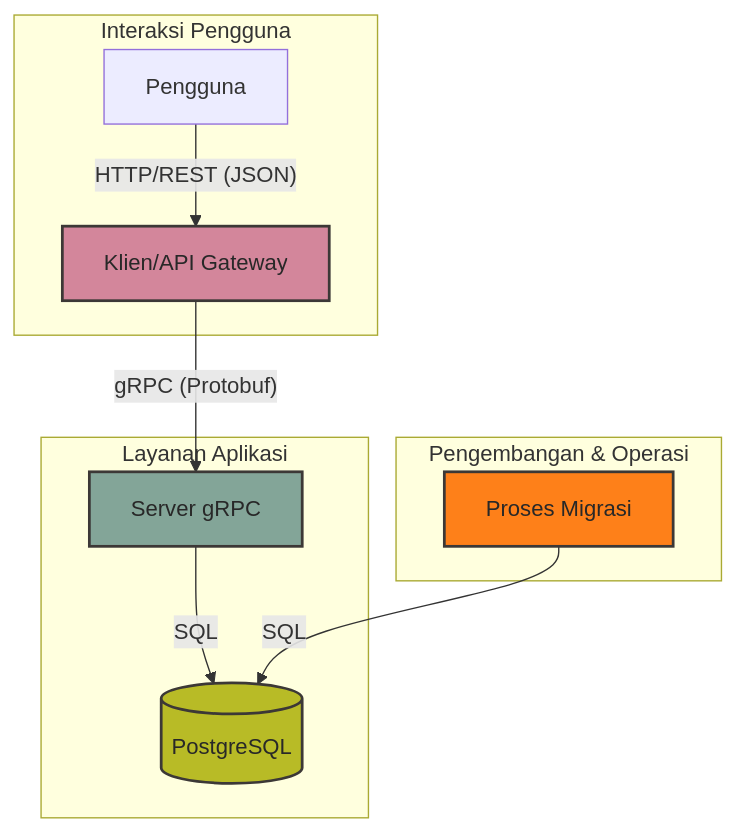
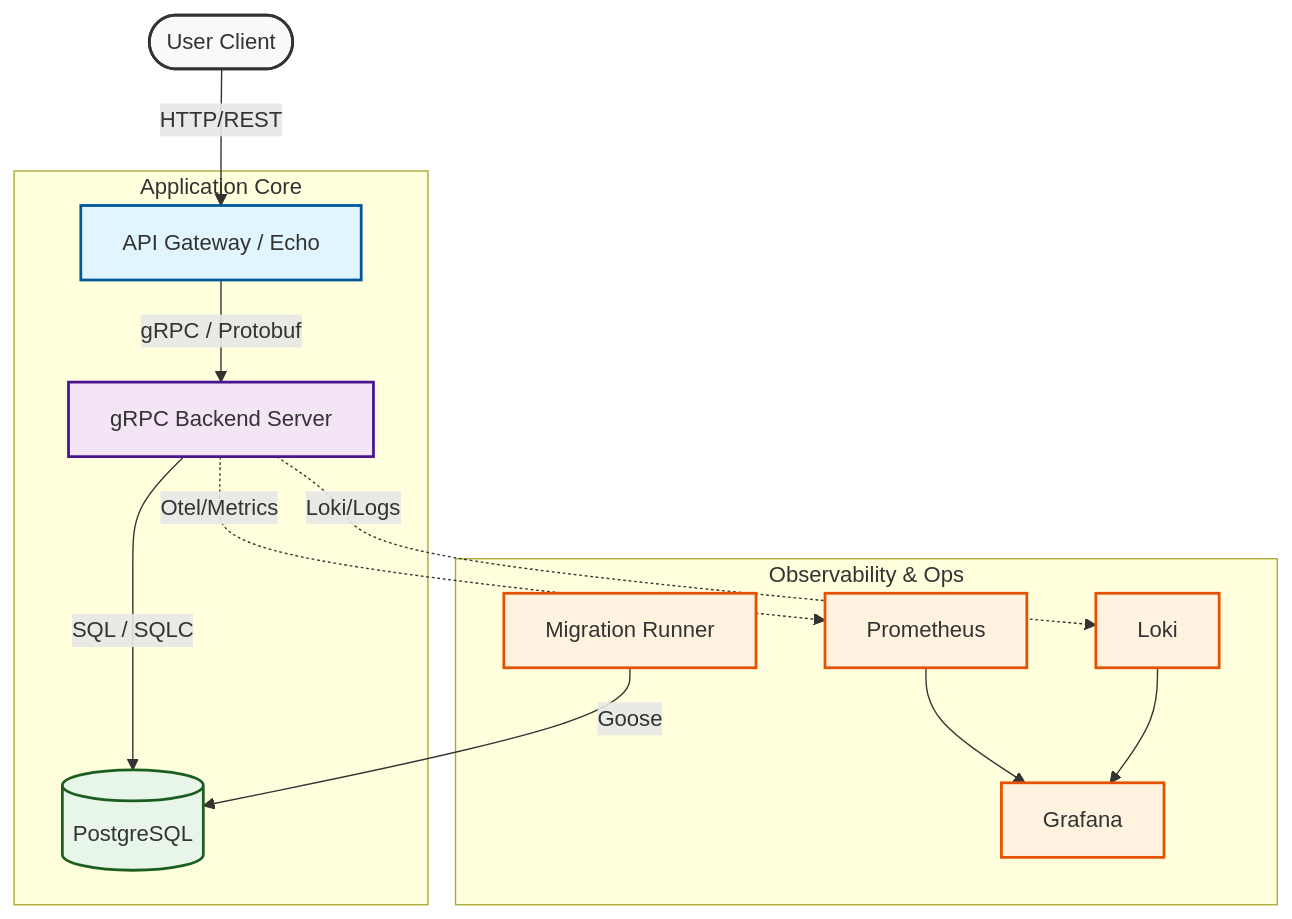
The first of 2 diagrams in README.md (MamangRust/point-of-sale-grpc), drawn with Mermaid before and after one commit. The commit also changed other lines of this file and 125 other files, not shown here.

````diff
--- a/README.md
+++ b/README.md
@@ -55,20 +27,29 @@
 ```mermaid
 graph TD
-    subgraph "Interaksi Pengguna"
-        Pengguna -- "HTTP/REST (JSON)" --> Klien[Klien/API Gateway]
+    classDef external fill:#f9f9f9,stroke:#333,stroke-width:2px;
+    classDef gateway fill:#e1f5fe,stroke:#01579b,stroke-width:2px;
+    classDef service fill:#f3e5f5,stroke:#4a148c,stroke-width:2px;
+    classDef storage fill:#e8f5e9,stroke:#1b5e20,stroke-width:2px;
+    classDef ops fill:#fff3e0,stroke:#e65100,stroke-width:2px;
+
+    User([User Client]) --> |HTTP/REST| API[API Gateway / Echo]
+    
+    subgraph "Application Core"
+        API --> |gRPC / Protobuf| GRPC[gRPC Backend Server]
+        GRPC --> |SQL / SQLC| DB[(PostgreSQL)]
     end
 
-    subgraph "Layanan Aplikasi"
-        Klien -- "gRPC (Protobuf)" --> Server[Server gRPC]
-        Server -- "SQL" --> Database[(PostgreSQL)]
+    subgraph "Observability & Ops"
+        GRPC -.-> |Otel/Metrics| PROM[Prometheus]
+        GRPC -.-> |Loki/Logs| LOKI[Loki]
+        PROM --> GRAF[Grafana]
+        LOKI --> GRAF
+        MIG[Migration Runner] --> |Goose| DB
     end
 
-    subgraph "Pengembangan & Operasi"
-        Migrasi[Proses Migrasi] -- "SQL" --> Database
-    end
-
-    style Klien fill:#d3869b,stroke:#3c3836,stroke-width:2px,color:#282828
-    style Server fill:#83a598,stroke:#3c3836,stroke-width:2px,color:#282828
-    style Database fill:#b8bb26,stroke:#3c3836,stroke-width:2px,color:#282828
-    style Migrasi fill:#fe8019,stroke:#3c3836,stroke-width:2px,color:#282828
+    class User external;
+    class API gateway;
+    class GRPC service;
+    class DB storage;
+    class PROM,LOKI,GRAF,MIG ops;
 ```
````
